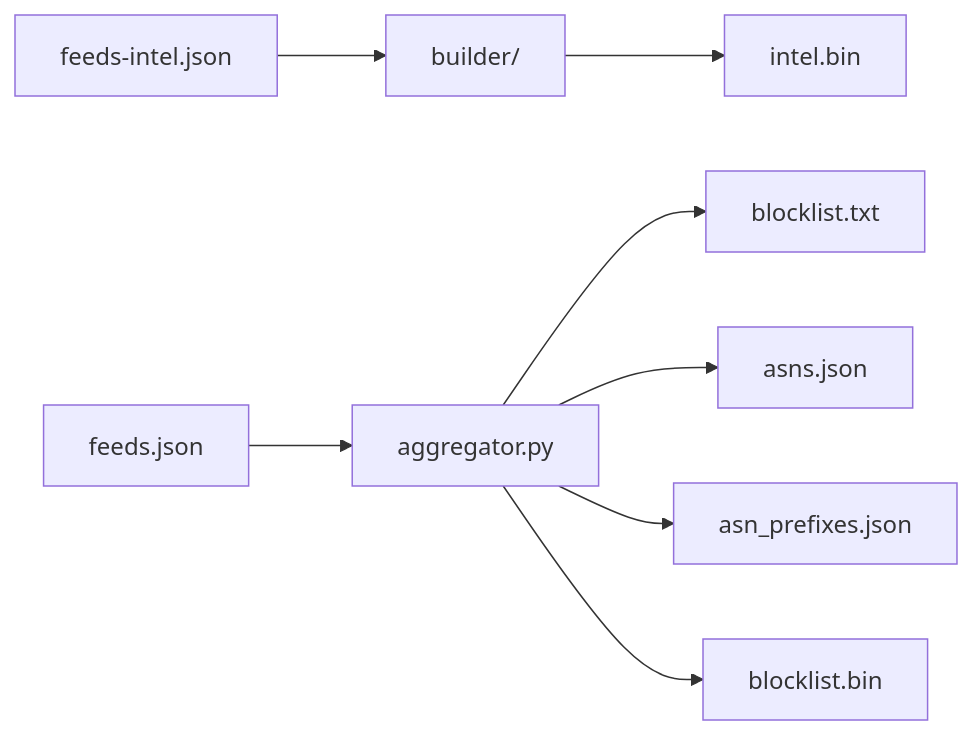
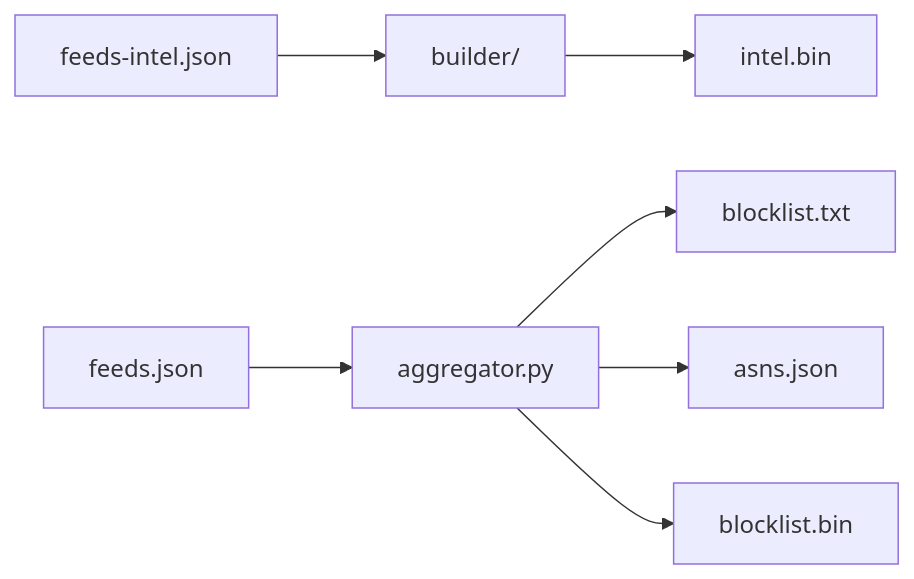
The diagram in README.md (tn3w/IPBlocklist), drawn with Mermaid before and after one commit. The commit also changed other lines of this file and 9 other files, not shown here.

````diff
--- a/README.md
+++ b/README.md
@@ -172,10 +125,9 @@
 ```mermaid
 flowchart LR
     F[feeds-intel.json] --> B[builder/]
     B --> I[intel.bin]
     A[feeds.json] --> P[aggregator.py]
     P --> T[blocklist.txt]
     P --> J[asns.json]
-    P --> AP[asn_prefixes.json]
     P --> L[blocklist.bin]
 ```
````
